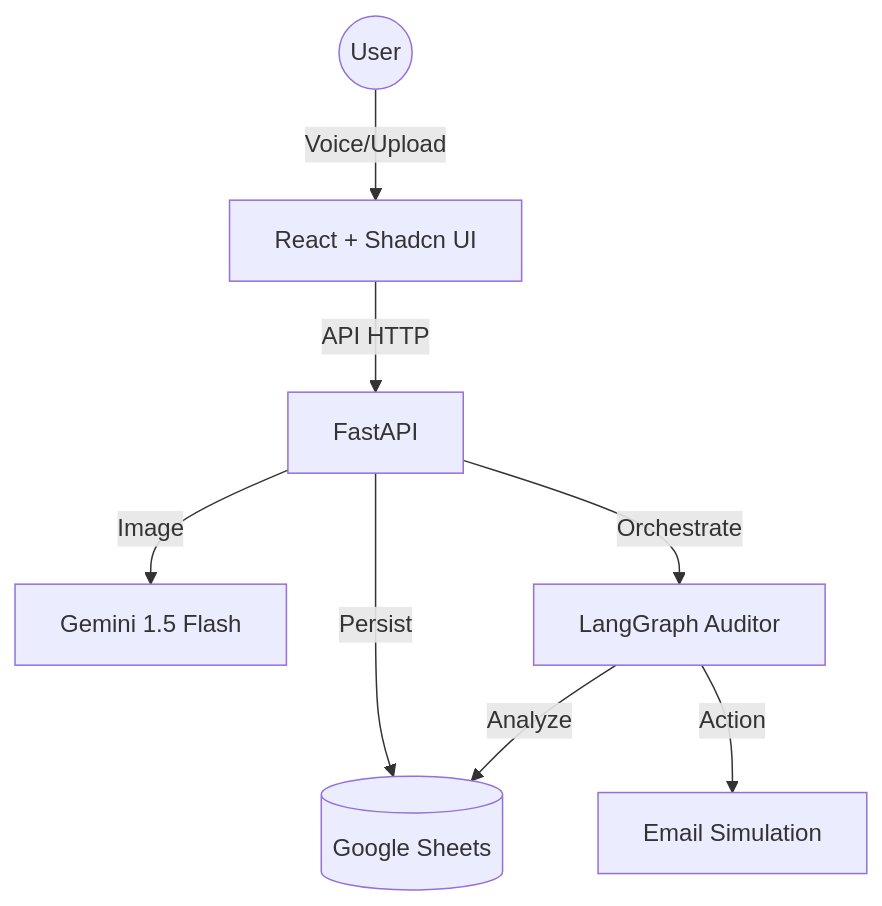
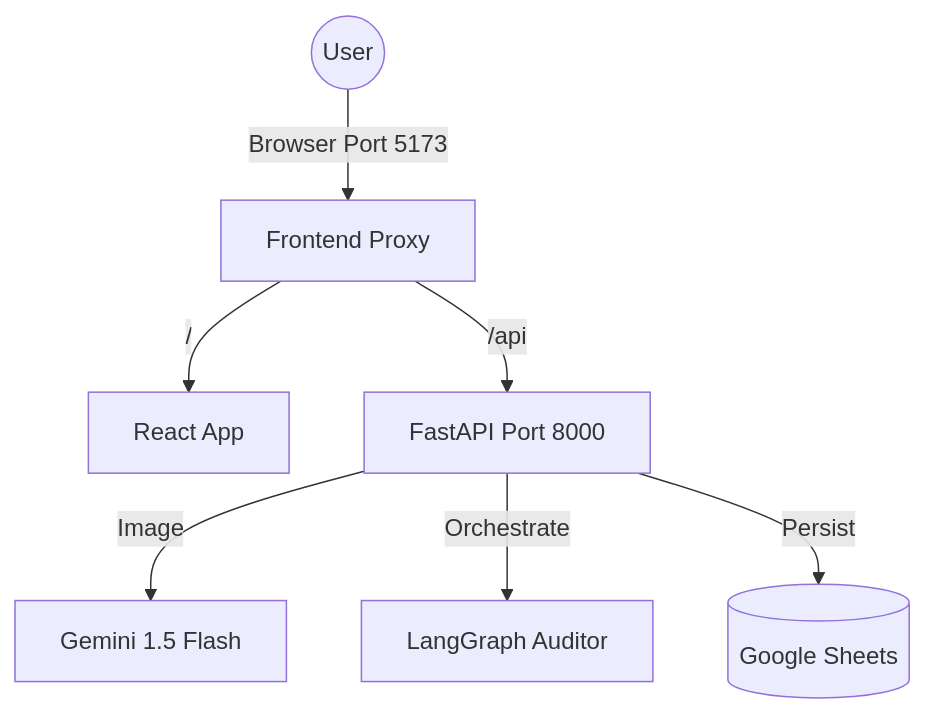
Before and after one commit to Jamespj24/Fintine: the diagram in README.md, drawn with Mermaid. The commit also changed other lines of this file and 5 other files, not shown here.

````diff
--- a/README.md
+++ b/README.md
@@ -10,10 +10,9 @@
 ```mermaid
 graph TD
-    User((User)) -->|Voice/Upload| Frontend[React + Shadcn UI]
-    Frontend -->|API HTTP| Backend[FastAPI]
+    User((User)) -->|Browser Port 5173| Nginx[Frontend Proxy]
+    Nginx -->|/| React[React App]
+    Nginx -->|/api| Backend[FastAPI Port 8000]
     Backend -->|Image| Vision[Gemini 1.5 Flash]
     Backend -->|Orchestrate| Agent[LangGraph Auditor]
     Backend -->|Persist| DB[(Google Sheets)]
-    Agent -->|Analyze| DB
-    Agent -->|Action| Mailer[Email Simulation]
 ```
````
